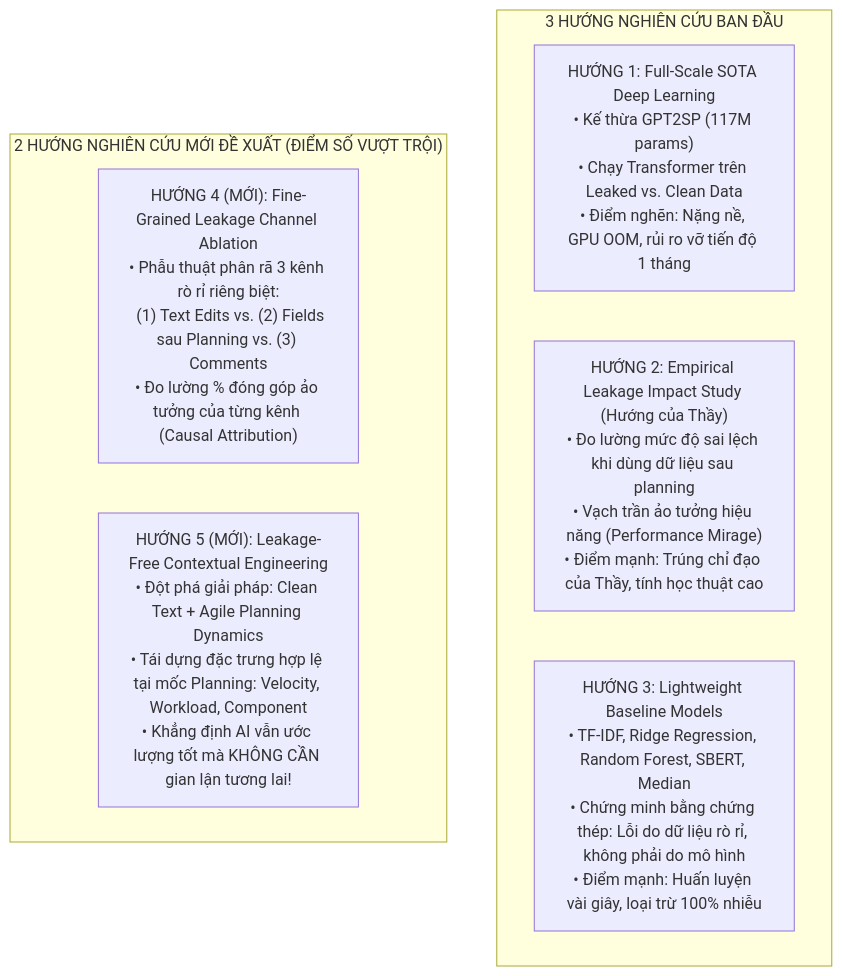
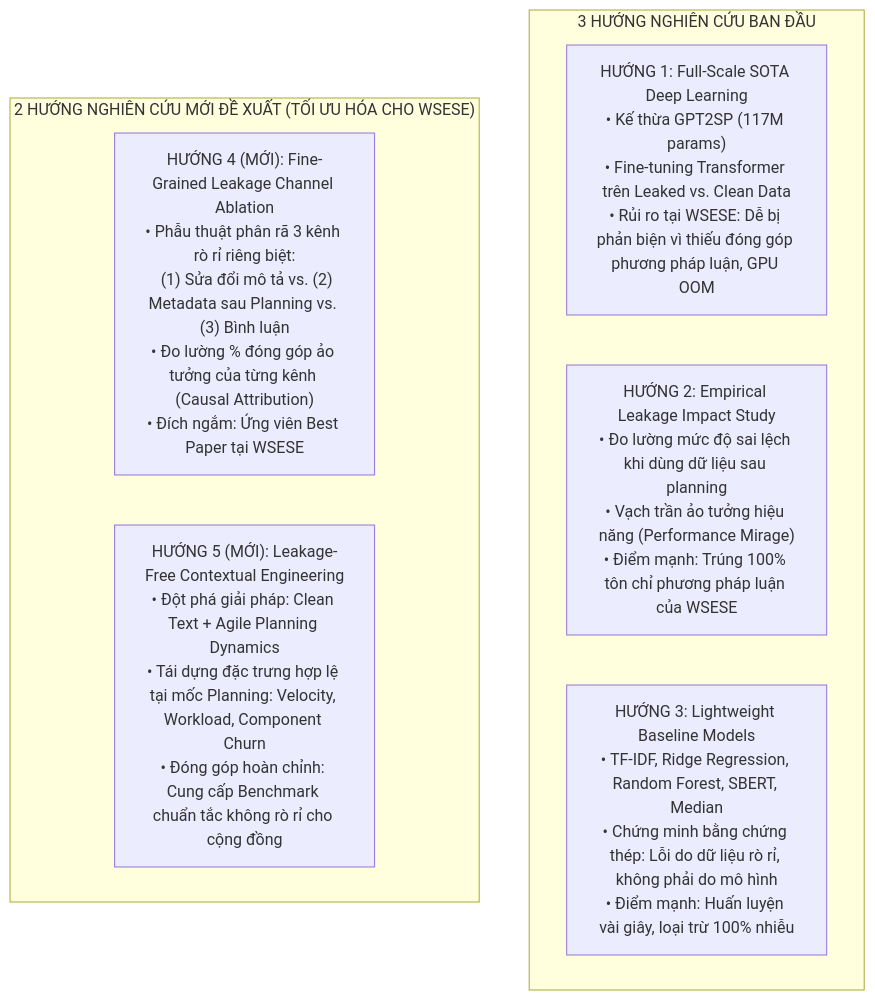
Before and after one commit to snowflake-vibing/NCKH_Johnny_Snowflake: the first of 2 diagrams in docs/articles/paper-information/critical-thinking/10_research_directions_critical_evaluation.md, drawn with Mermaid. The commit also changed other lines of this file and 1 other file, not shown here.

Commit message:
docs(critical-thinking): retarget evaluation criteria for WSESE conference acceptance and update scores

````diff
--- a/docs/articles/paper-information/critical-thinking/10_research_directions_critical_evaluation.md
+++ b/docs/articles/paper-information/critical-thinking/10_research_directions_critical_evaluation.md
@@ -13,13 +13,13 @@
 ```mermaid
 flowchart TD
     subgraph Original["3 HƯỚNG NGHIÊN CỨU BAN ĐẦU"]
-        H1["HƯỚNG 1: Full-Scale SOTA Deep Learning<br/>• Kế thừa GPT2SP (117M params)<br/>• Chạy Transformer trên Leaked vs. Clean Data<br/>• Điểm nghẽn: Nặng nề, GPU OOM, rủi ro vỡ tiến độ 1 tháng"]
-        H2["HƯỚNG 2: Empirical Leakage Impact Study (Hướng của Thầy)<br/>• Đo lường mức độ sai lệch khi dùng dữ liệu sau planning<br/>• Vạch trần ảo tưởng hiệu năng (Performance Mirage)<br/>• Điểm mạnh: Trúng chỉ đạo của Thầy, tính học thuật cao"]
+        H1["HƯỚNG 1: Full-Scale SOTA Deep Learning<br/>• Kế thừa GPT2SP (117M params)<br/>• Fine-tuning Transformer trên Leaked vs. Clean Data<br/>• Rủi ro tại WSESE: Dễ bị phản biện vì thiếu đóng góp phương pháp luận, GPU OOM"]
+        H2["HƯỚNG 2: Empirical Leakage Impact Study<br/>• Đo lường mức độ sai lệch khi dùng dữ liệu sau planning<br/>• Vạch trần ảo tưởng hiệu năng (Performance Mirage)<br/>• Điểm mạnh: Trúng 100% tôn chỉ phương pháp luận của WSESE"]
         H3["HƯỚNG 3: Lightweight Baseline Models<br/>• TF-IDF, Ridge Regression, Random Forest, SBERT, Median<br/>• Chứng minh bằng chứng thép: Lỗi do dữ liệu rò rỉ, không phải do mô hình<br/>• Điểm mạnh: Huấn luyện vài giây, loại trừ 100% nhiễu"]
     end
 
-    subgraph Proposed["2 HƯỚNG NGHIÊN CỨU MỚI ĐỀ XUẤT (ĐIỂM SỐ VƯỢT TRỘI)"]
-        H4["HƯỚNG 4 (MỚI): Fine-Grained Leakage Channel Ablation<br/>• Phẫu thuật phân rã 3 kênh rò rỉ riêng biệt:<br/>  (1) Text Edits vs. (2) Fields sau Planning vs. (3) Comments<br/>• Đo lường % đóng góp ảo tưởng của từng kênh (Causal Attribution)"]
-        H5["HƯỚNG 5 (MỚI): Leakage-Free Contextual Engineering<br/>• Đột phá giải pháp: Clean Text + Agile Planning Dynamics<br/>• Tái dựng đặc trưng hợp lệ tại mốc Planning: Velocity, Workload, Component<br/>• Khẳng định AI vẫn ước lượng tốt mà KHÔNG CẦN gian lận tương lai!"]
+    subgraph Proposed["2 HƯỚNG NGHIÊN CỨU MỚI ĐỀ XUẤT (TỐI ƯU HÓA CHO WSESE)"]
+        H4["HƯỚNG 4 (MỚI): Fine-Grained Leakage Channel Ablation<br/>• Phẫu thuật phân rã 3 kênh rò rỉ riêng biệt:<br/>  (1) Sửa đổi mô tả vs. (2) Metadata sau Planning vs. (3) Bình luận<br/>• Đo lường % đóng góp ảo tưởng của từng kênh (Causal Attribution)<br/>• Đích ngắm: Ứng viên Best Paper tại WSESE"]
+        H5["HƯỚNG 5 (MỚI): Leakage-Free Contextual Engineering<br/>• Đột phá giải pháp: Clean Text + Agile Planning Dynamics<br/>• Tái dựng đặc trưng hợp lệ tại mốc Planning: Velocity, Workload, Component Churn<br/>• Đóng góp hoàn chỉnh: Cung cấp Benchmark chuẩn tắc không rò rỉ cho cộng đồng"]
     end
 ```
````
